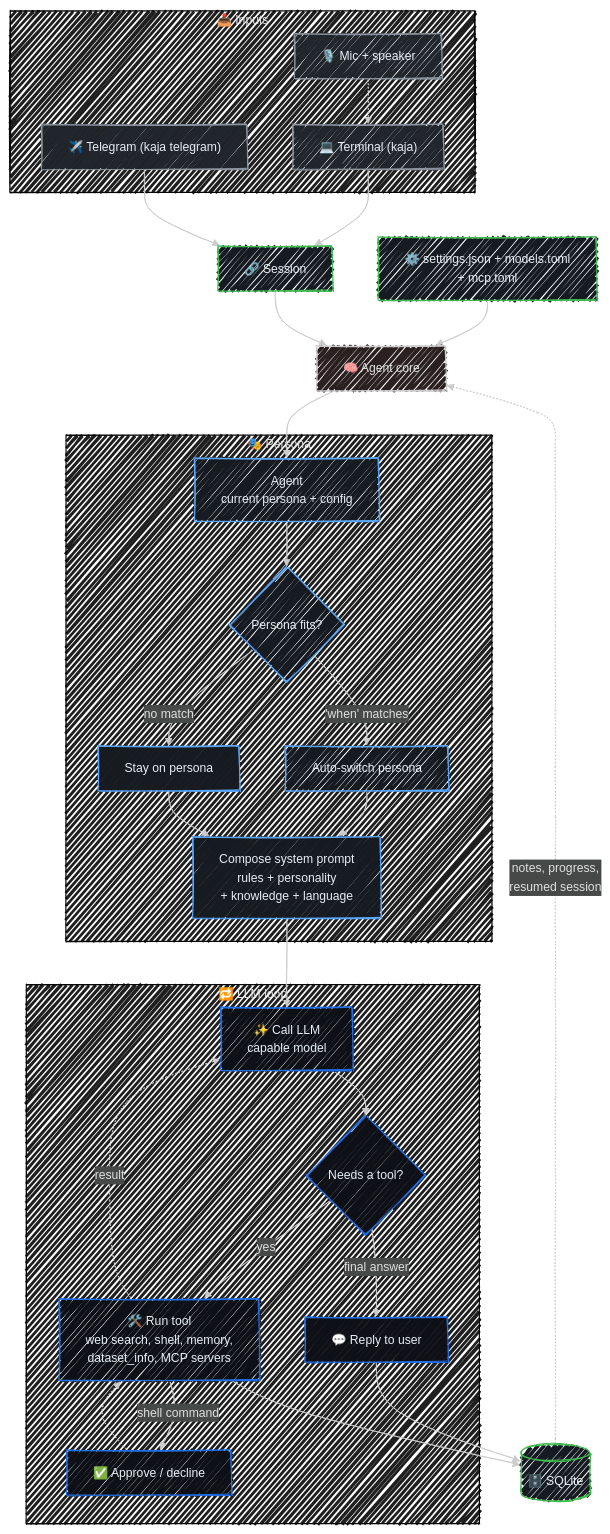
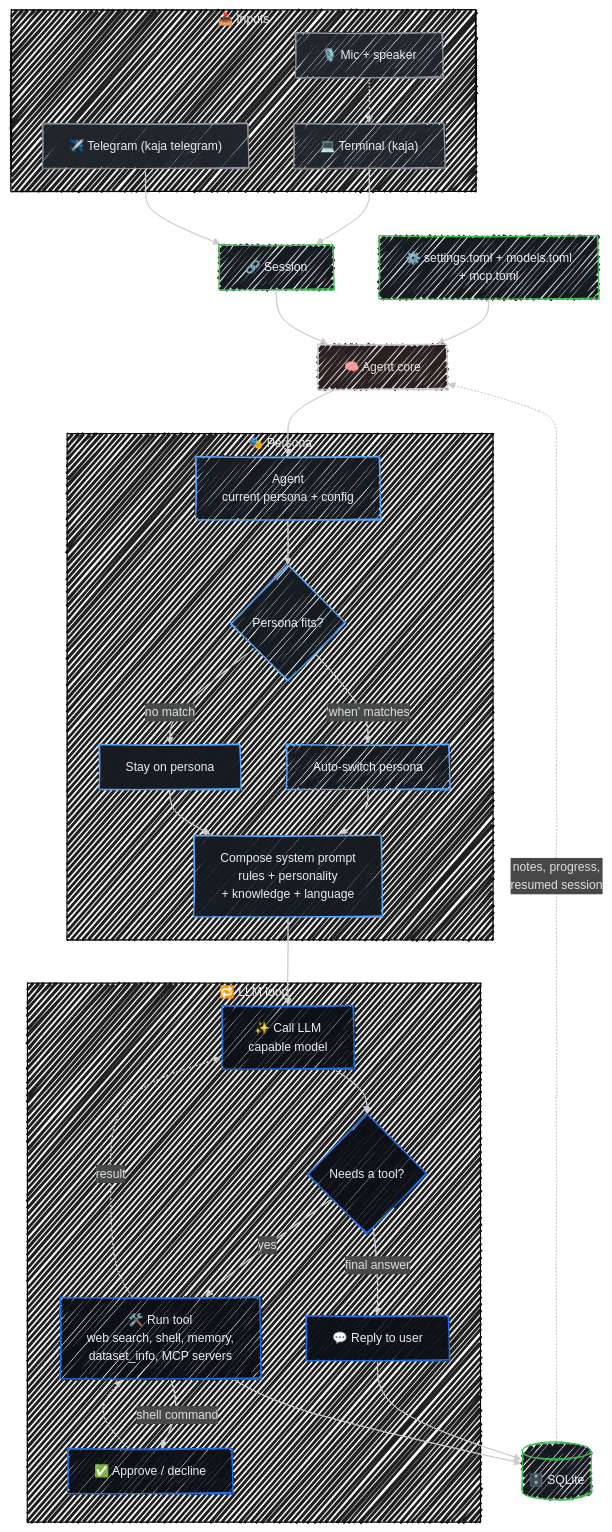
The diagram in docs/flow.md (SubZtep/kaja), drawn with Mermaid before and after one commit. The commit also changed 46 other files, not shown here.

Commit message:
refactor: settings.json to settings.toml

````diff
--- a/docs/flow.md
+++ b/docs/flow.md
@@ -12,54 +12,54 @@
 ```mermaid
 ---
 config:
   look: handDrawn
   theme: neo-dark
 ---
 flowchart TD
     subgraph Inputs["📥 Inputs"]
         Term["💻 Terminal (kaja)"]
         Tele["✈️ Telegram (kaja telegram)"]
         Voice["🎙️ Mic + speaker"]
     end
     Voice -.-> Term
     Term --> Session
     Tele --> Session
-    Config["⚙️ settings.json + models.toml\n+ mcp.toml"] --> Core
+    Config["⚙️ settings.toml + models.toml\n+ mcp.toml"] --> Core
 
     Session["🔗 Session"] --> Core
     Core["🧠 Agent core"] --> Agent
 
     subgraph Persona["🎭 Persona"]
         Agent["Agent\ncurrent persona + config"] --> Route{"Persona fits?"}
         Route -->|"'when' matches"| Switch["Auto-switch persona"]
         Route -->|"no match"| Stay["Stay on persona"]
         Switch --> Prompt
         Stay --> Prompt
         Prompt["Compose system prompt\nrules + personality\n+ knowledge + language"]
     end
 
     Prompt --> CallLLM
 
     subgraph LLMLoop["🔁 LLM loop"]
         CallLLM["✨ Call LLM\ncapable model"] --> Decide{"Needs a tool?"}
         Decide -->|yes| RunTool["🛠️ Run tool\nweb search, shell, memory,\ndataset_info, MCP servers"]
         RunTool -->|"shell command"| Confirm["✅ Approve / decline"]
         Confirm -.-> RunTool
         RunTool -.->|"result"| CallLLM
         Decide -->|"final answer"| Reply["💬 Reply to user"]
     end
 
     Reply --> DB
     RunTool --> DB
     DB[("🗄️ SQLite")]
     DB -.->|"notes, progress,\nresumed session"| Core
 
     classDef inputs fill:#21262d,stroke:#8b949e,color:#e6edf3
     classDef persona fill:#161b22,stroke:#58a6ff,color:#e6edf3
     classDef loop fill:#0d1117,stroke:#1f6feb,color:#e6edf3
     classDef store fill:#161b22,stroke:#3fb950,color:#e6edf3
     class Term,Tele,Voice inputs
     class Agent,Route,Switch,Stay,Prompt persona
     class CallLLM,Decide,RunTool,Confirm,Reply loop
     class DB,Config,Session store
 ```
````
